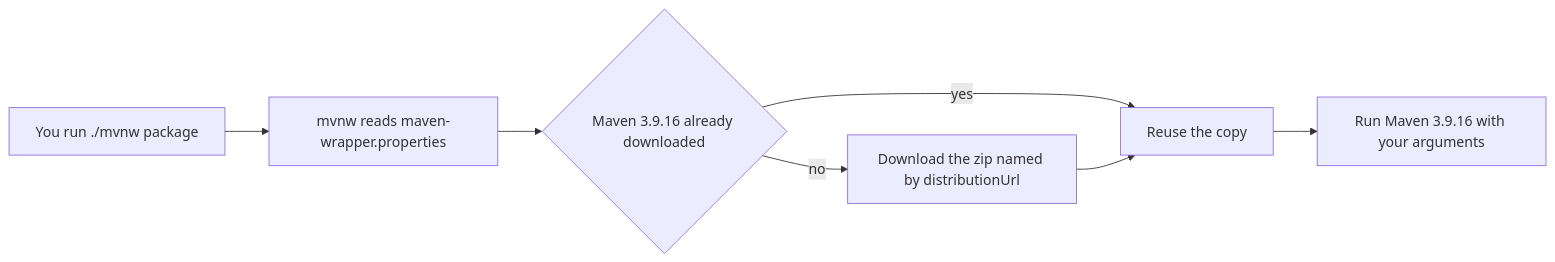
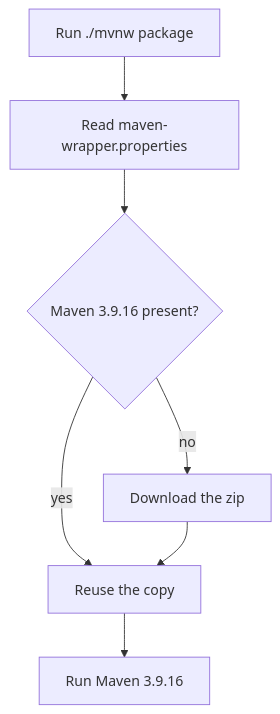
One commit to Sriram-Codes-SW/secure-doc-viewer changed the first of 2 diagrams in book/part-1-foundations/06-maven-and-project-layout.md. Above: the diagram before and after it, drawn with Mermaid. The commit also changed other lines of this file and 31 other files, not shown here.

Commit message:
Book: interior layout design, diagram restructuring for print size, mermaid config, measure helper

````diff
--- a/book/part-1-foundations/06-maven-and-project-layout.md
+++ b/book/part-1-foundations/06-maven-and-project-layout.md
@@ -281,9 +281,9 @@
 ```mermaid
-flowchart LR
-    A["You run ./mvnw package"] --> B["mvnw reads maven-wrapper.properties"]
-    B --> C{"Maven 3.9.16 already downloaded"}
-    C -->|"no"| D["Download the zip named by distributionUrl"]
+flowchart TB
+    A["Run ./mvnw package"] --> B["Read maven-wrapper.properties"]
+    B --> C{"Maven 3.9.16 present?"}
+    C -->|"no"| D["Download the zip"]
     C -->|"yes"| E["Reuse the copy"]
     D --> E
-    E --> F["Run Maven 3.9.16 with your arguments"]
+    E --> F["Run Maven 3.9.16"]
 ```
````
